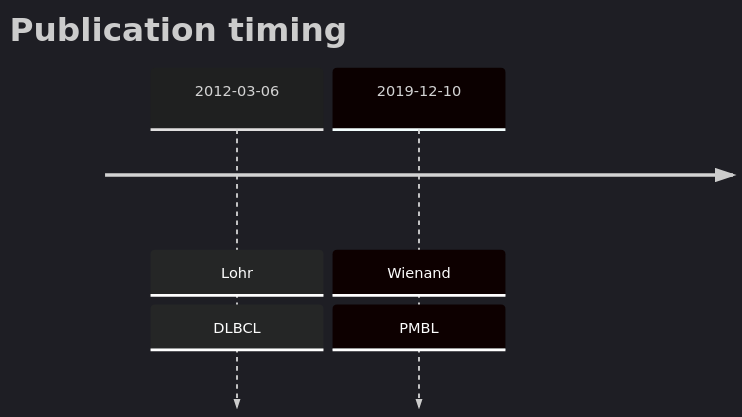
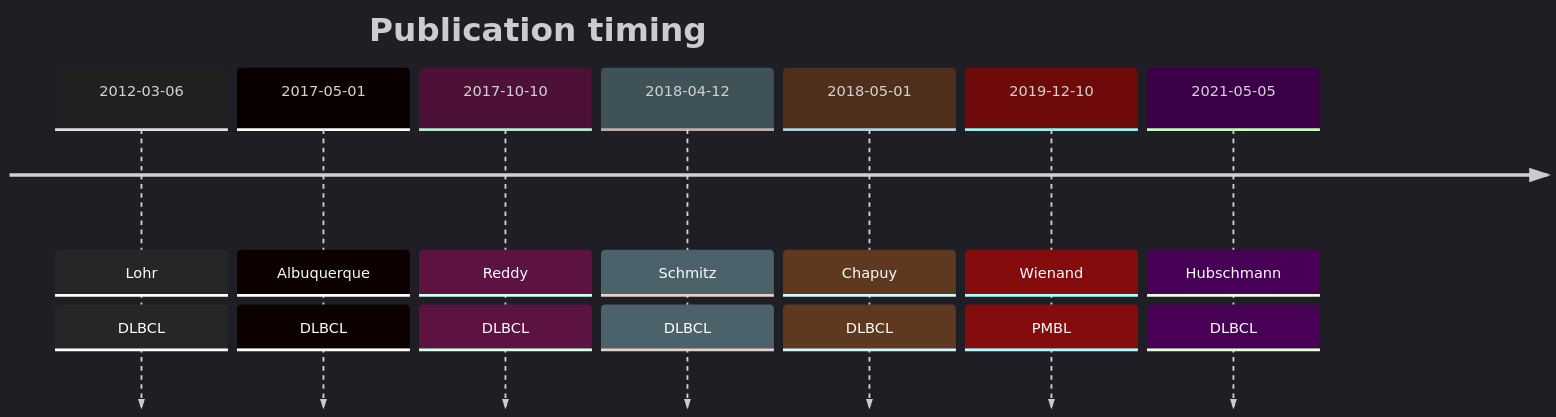
One commit to morinlab/lymphopedia changed the diagram in ACTB.md. Above: the diagram before and after it, drawn with Mermaid.

````diff
--- a/ACTB.md
+++ b/ACTB.md
@@ -14,7 +14,12 @@
 ```mermaid
 %%{init: { 'logLevel': 'debug', 'theme': 'dark' } }%%
 timeline
     title Publication timing
       2012-03-06 : Lohr : DLBCL
+      2017-05-01 : Albuquerque : DLBCL
+2017-10-10 : Reddy : DLBCL
+2018-04-12 : Schmitz : DLBCL
+2018-05-01 : Chapuy : DLBCL
       2019-12-10 : Wienand : PMBL
+2021-05-05 : Hubschmann : DLBCL
 ```
````
